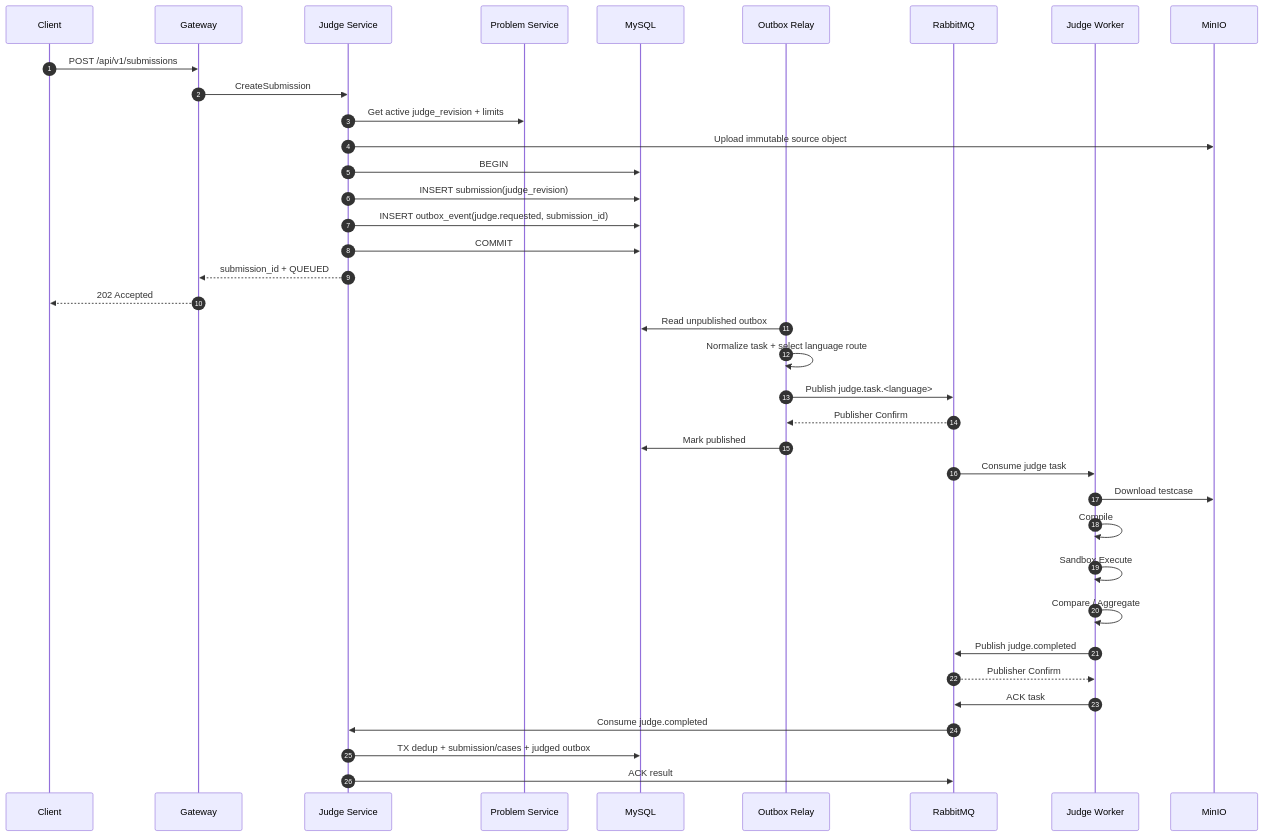
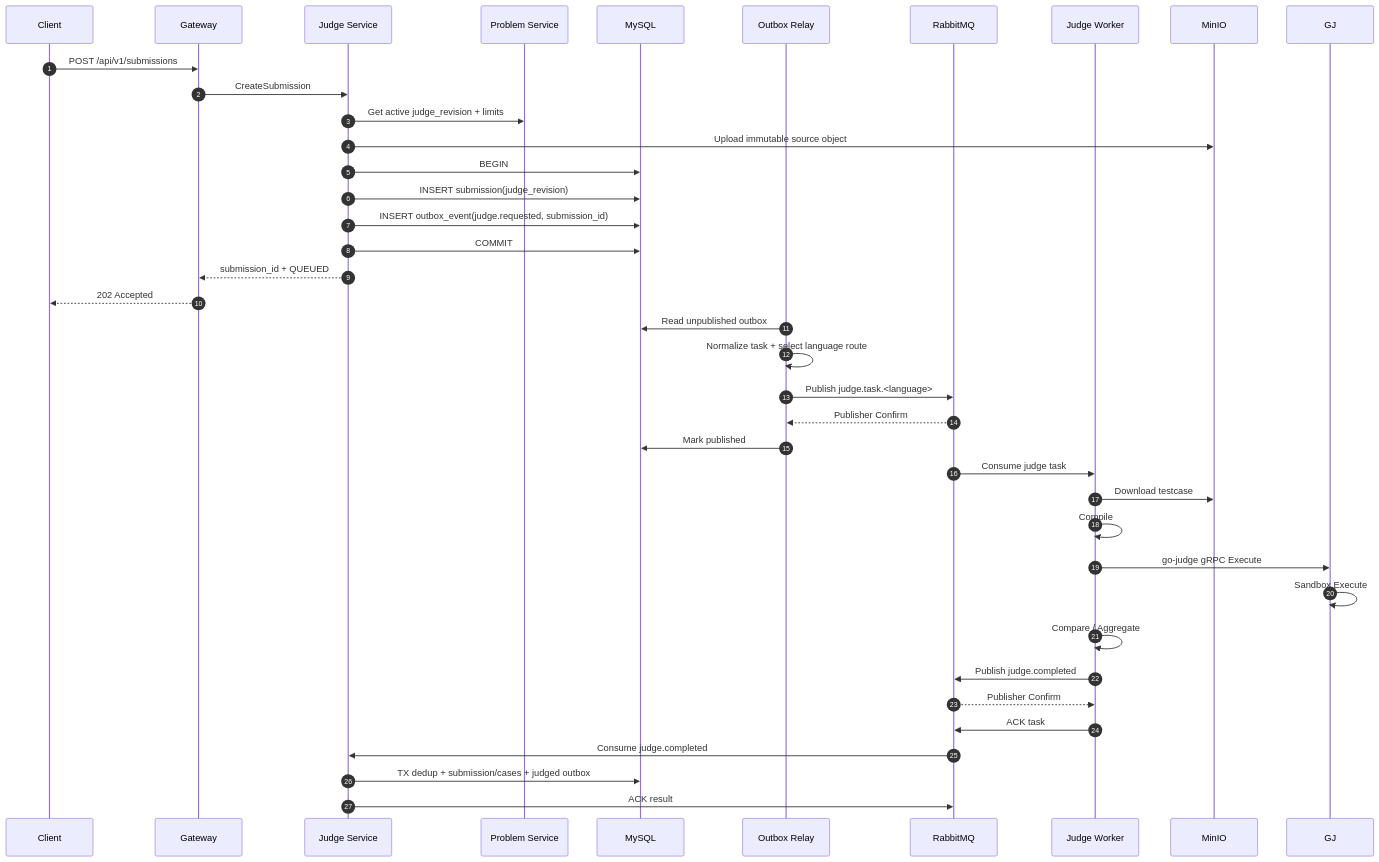
Before and after one commit to viggggil/go_oj_agent: the second of 6 diagrams in docs/architecture.md, drawn with Mermaid. The commit also changed other lines of this file and 28 other files, not shown here.

````diff
--- a/docs/architecture.md
+++ b/docs/architecture.md
@@ -284,47 +284,48 @@
 ```mermaid
 sequenceDiagram
     autonumber
 
     participant C as Client
     participant G as Gateway
     participant J as Judge Service
     participant P as Problem Service
     participant DB as MySQL
     participant O as Outbox Relay
     participant MQ as RabbitMQ
     participant JW as Judge Worker
     participant M as MinIO
 
     C->>G: POST /api/v1/submissions
     G->>J: CreateSubmission
     J->>P: Get active judge_revision + limits
     J->>M: Upload immutable source object
 
     J->>DB: BEGIN
     J->>DB: INSERT submission(judge_revision)
     J->>DB: INSERT outbox_event(judge.requested, submission_id)
     J->>DB: COMMIT
 
     J-->>G: submission_id + QUEUED
     G-->>C: 202 Accepted
 
     O->>DB: Read unpublished outbox
     O->>O: Normalize task + select language route
     O->>MQ: Publish judge.task.<language>
     MQ-->>O: Publisher Confirm
     O->>DB: Mark published
 
     MQ->>JW: Consume judge task
     JW->>M: Download testcase
     JW->>JW: Compile
-    JW->>JW: Sandbox Execute
+    JW->>GJ: go-judge gRPC Execute
+    GJ->>GJ: Sandbox Execute
     JW->>JW: Compare / Aggregate
 
     JW->>MQ: Publish judge.completed
     MQ-->>JW: Publisher Confirm
     JW->>MQ: ACK task
 
     MQ->>J: Consume judge.completed
     J->>DB: TX dedup + submission/cases + judged outbox
     J->>MQ: ACK result
 ```
````
